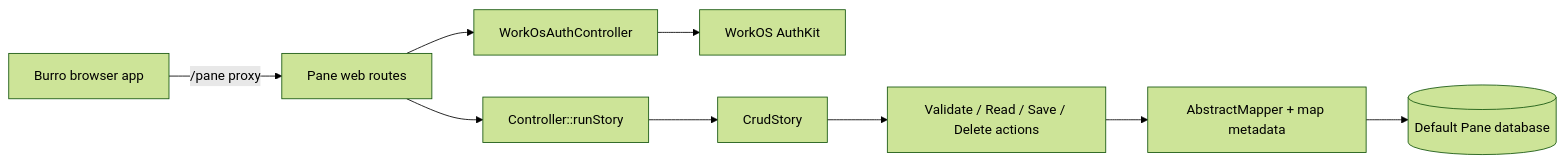
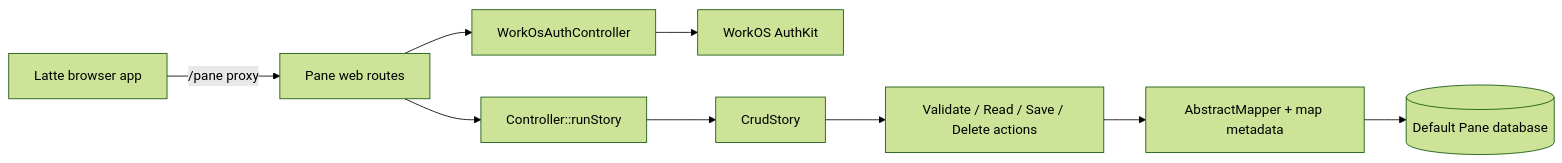
The first of 5 diagrams in docs/architecture.md (erme2/Pane), drawn with Mermaid (forest theme) before and after one commit. The commit also changed other lines of this file and 11 other files, not shown here.

Commit message:
Update Pane references for Latte rename

````diff
--- a/docs/architecture.md
+++ b/docs/architecture.md
@@ -33,11 +33,11 @@
 ```mermaid
 flowchart LR
-    Browser[Burro browser app] -->|/pane proxy| Web[Pane web routes]
+    Browser[Latte browser app] -->|/pane proxy| Web[Pane web routes]
     Web --> Auth[WorkOsAuthController]
     Auth --> WorkOS[WorkOS AuthKit]
     Web --> Controller[Controller::runStory]
     Controller --> Story[CrudStory]
     Story --> Actions[Validate / Read / Save / Delete actions]
     Actions --> Mapper[AbstractMapper + map metadata]
     Mapper --> Primary[(Default Pane database)]
 ```
````
